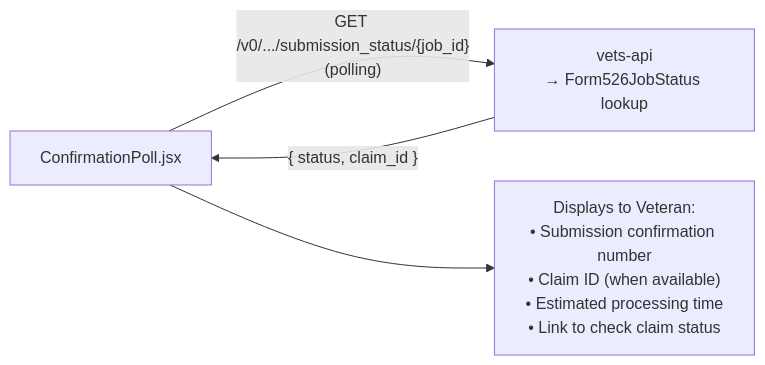
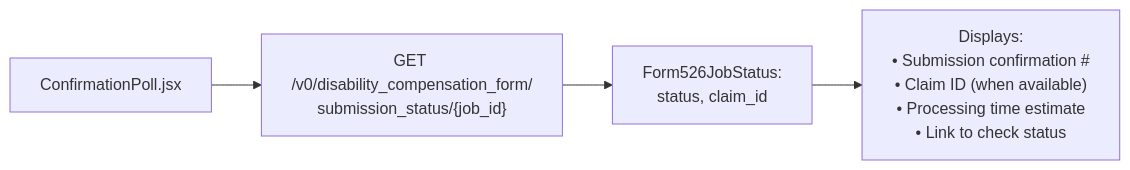
Diagram 12 of 16 in products/disability/526ez/form526_architecture_flow.md (Ninjaneer321/va.gov-team), drawn with Mermaid before and after one commit. The commit also changed other lines of this file, not shown here.

Commit message:
Updated architecture diagram with useFormFeatureToggleSync

````diff
--- a/products/disability/526ez/form526_architecture_flow.md
+++ b/products/disability/526ez/form526_architecture_flow.md
@@ -391,7 +378,9 @@
 ```mermaid
-graph LR
-    FE["ConfirmationPoll.jsx"] -->|"GET /v0/.../submission_status/{job_id}<br/>(polling)"| API["vets-api<br/>→ Form526JobStatus lookup"]
-    API -->|"{ status, claim_id }"| FE
+flowchart LR
+    FE["ConfirmationPoll.jsx"]
+    API["GET /v0/disability_compensation_form/<br/>submission_status/{job_id}"]
+    Status["Form526JobStatus:<br/>status, claim_id"]
+    Display["Displays:<br/>• Submission confirmation #<br/>• Claim ID (when available)<br/>• Processing time estimate<br/>• Link to check status"]
 
-    FE --> DISPLAY["Displays to Veteran:<br/>• Submission confirmation number<br/>• Claim ID (when available)<br/>• Estimated processing time<br/>• Link to check claim status"]
+    FE --> API --> Status --> Display
 ```
````
